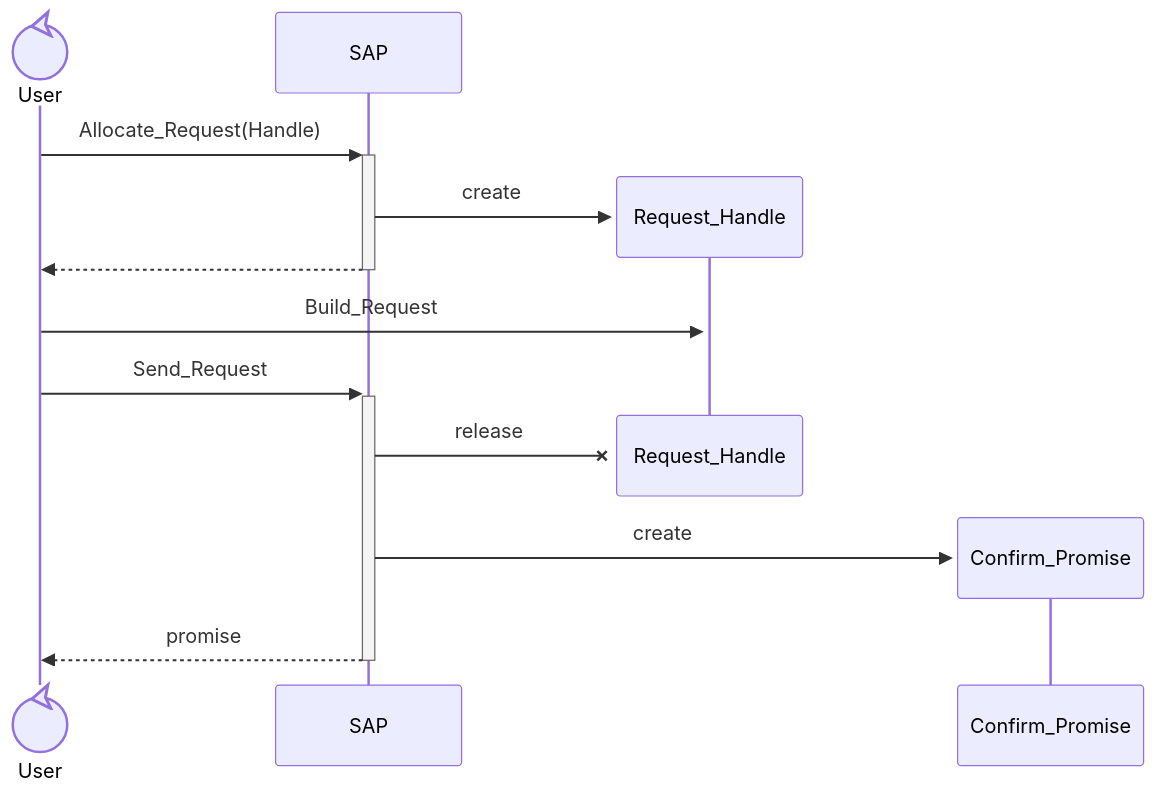
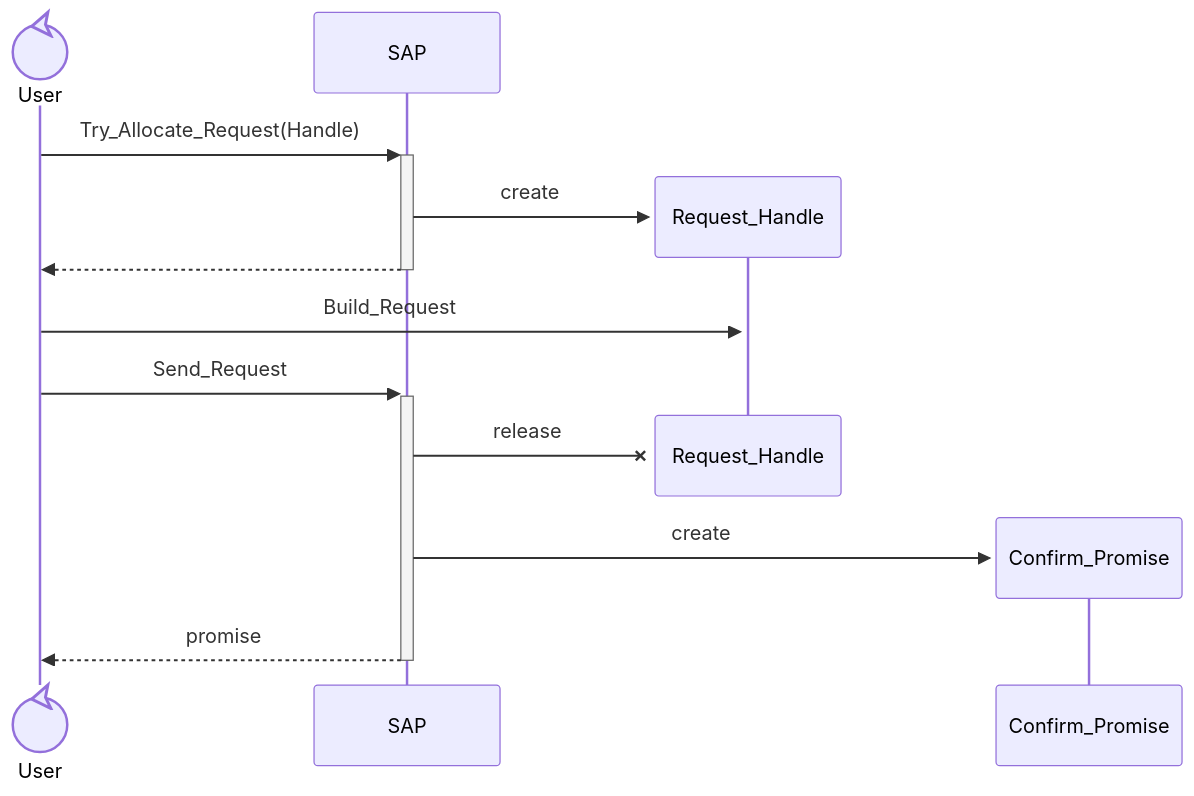
One commit to damaki/libsap changed the fourth of 6 diagrams in README.md. Above: the diagram before and after it, drawn with Mermaid. The commit also changed other lines of this file and 21 other files, not shown here.

````diff
--- a/README.md
+++ b/README.md
@@ -345,19 +360,19 @@
 ```mermaid
 sequenceDiagram
     participant User@{ "type": "control" }
     participant SAP as SAP
 
-    User->>+SAP: Allocate_Request(Handle)
+    User->>+SAP: Try_Allocate_Request(Handle)
     create participant RH as Request_Handle
     SAP->>RH: create
     SAP-->>-User:
 
     User->>+RH: Build_Request
 
     User->>+SAP: Send_Request
     destroy RH
     SAP-xRH: release
     create participant CP as Confirm_Promise
     SAP->>CP: create
     SAP-->>-User: promise
 ```
````
